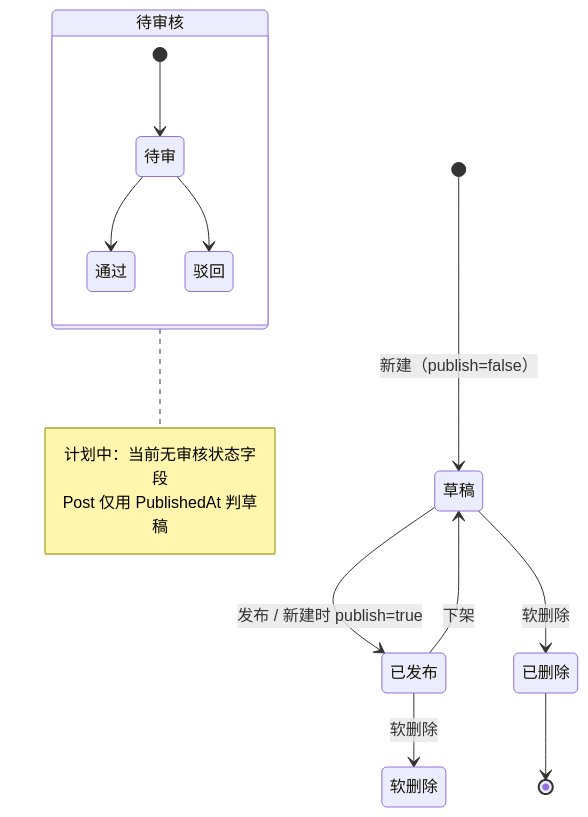
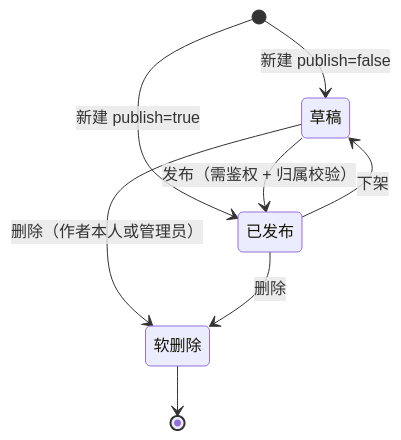
Diagram 12 of 12 in docs/business.md (whyitsy/blog-CI-CD), drawn with Mermaid before and after one commit. The commit also changed other lines of this file and 12 other files, not shown here.

````diff
--- a/docs/business.md
+++ b/docs/business.md
@@ -340,19 +553,10 @@
 ```mermaid
 stateDiagram-v2
-  [*] --> 草稿: 新建（publish=false）
-  草稿 --> 已发布: 发布 / 新建时 publish=true
+  [*] --> 草稿: 新建 publish=false
+  [*] --> 已发布: 新建 publish=true
+  草稿 --> 已发布: 发布（需鉴权 + 归属校验）
   已发布 --> 草稿: 下架
-  草稿 --> 已删除: 软删除
-  已发布 --> 软删除: 软删除
-  已删除 --> [*]
-
-  state 待审核 {
-    [*] --> 待审
-    待审 --> 通过
-    待审 --> 驳回
-  }
-  note right of 待审核
-    计划中：当前无审核状态字段
-    Post 仅用 PublishedAt 判草稿
-  end note
+  草稿 --> 软删除: 删除（作者本人或管理员）
+  已发布 --> 软删除: 删除
+  软删除 --> [*]
 ```
````
